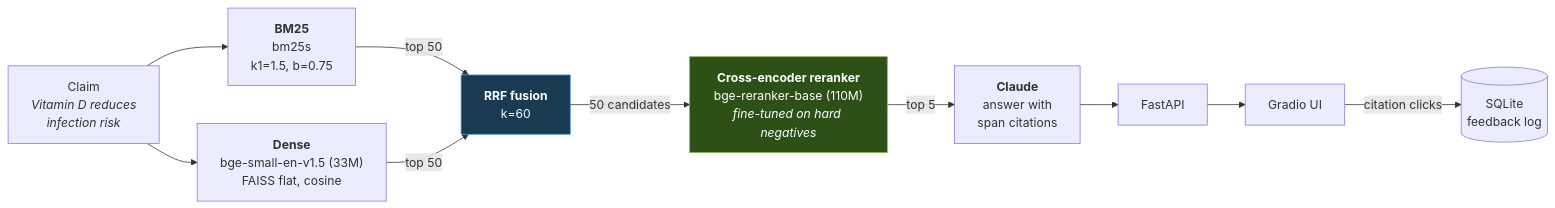
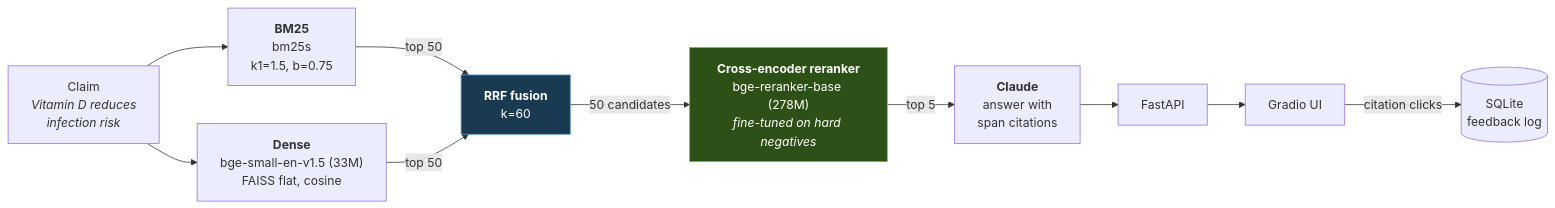
Before and after one commit to Kagzyyy/ResearchOS: the diagram in README.md, drawn with Mermaid. The commit also changed other lines of this file and 6 other files, not shown here.

First line of the commit message:
feat: hard-negative reranker nDCG@10 0.7602; ablation is a null result

````diff
--- a/README.md
+++ b/README.md
@@ -24,21 +45,21 @@
 ```mermaid
 flowchart LR
     Q["Claim<br/><i>Vitamin D reduces<br/>infection risk</i>"]
 
     Q --> BM25["<b>BM25</b><br/>bm25s<br/>k1=1.5, b=0.75"]
     Q --> DENSE["<b>Dense</b><br/>bge-small-en-v1.5 (33M)<br/>FAISS flat, cosine"]
 
     BM25 -- "top 50" --> RRF["<b>RRF fusion</b><br/>k=60"]
     DENSE -- "top 50" --> RRF
 
-    RRF -- "50 candidates" --> RR["<b>Cross-encoder reranker</b><br/>bge-reranker-base (110M)<br/><i>fine-tuned on hard negatives</i>"]
+    RRF -- "50 candidates" --> RR["<b>Cross-encoder reranker</b><br/>bge-reranker-base (278M)<br/><i>fine-tuned on hard negatives</i>"]
 
     RR -- "top 5" --> GEN["<b>Claude</b><br/>answer with<br/>span citations"]
 
     GEN --> API["FastAPI"]
     API --> UI["Gradio UI"]
     UI -- "citation clicks" --> DB[("SQLite<br/>feedback log")]
 
     style RR fill:#2d5016,stroke:#7cb342,color:#fff
     style RRF fill:#1a3a52,stroke:#4a90d9,color:#fff
 ```
````
